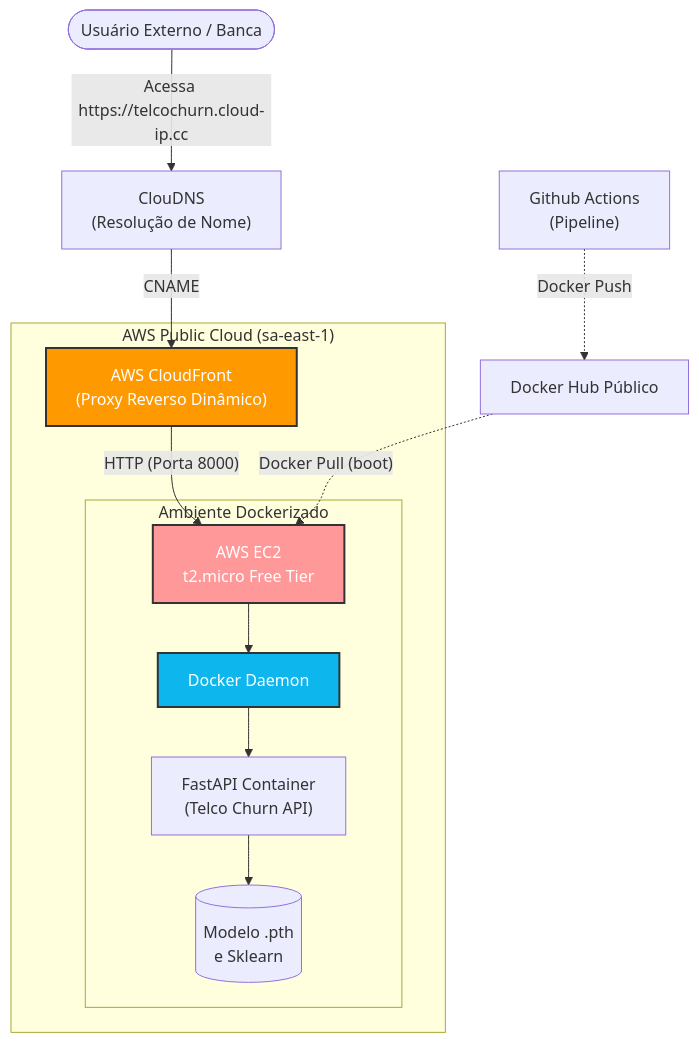
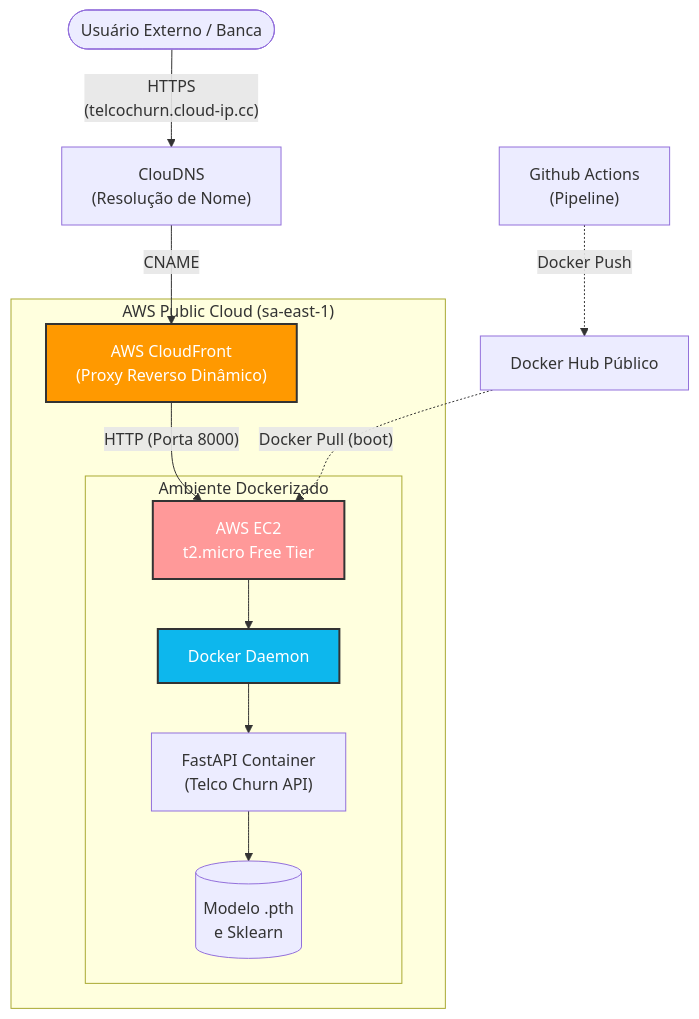
Before and after one commit to fiap-postech-9mlet-grupo85/tech-challenge-fase01: the diagram in docs/infrastructure.md, drawn with Mermaid.

Commit message:
docs: update cloudfront connection description in infrastructure diagram

````diff
--- a/docs/infrastructure.md
+++ b/docs/infrastructure.md
@@ -7,22 +7,22 @@
 ```mermaid
 flowchart TD
-    User(["Usuário Externo / Banca"]) -->|"Acessa https://telcochurn.cloud-ip.cc"| DNS["ClouDNS\n(Resolução de Nome)"]
+    User(["Usuário Externo / Banca"]) -->|"HTTPS\n(telcochurn.cloud-ip.cc)"| DNS["ClouDNS\n(Resolução de Nome)"]
     DNS -->|"CNAME"| CF["AWS CloudFront\n(Proxy Reverso Dinâmico)"]
     
     subgraph "AWS Public Cloud (sa-east-1)"
         CF -->|"HTTP (Porta 8000)"| EC2["AWS EC2\nt2.micro Free Tier"]
         
         subgraph "Ambiente Dockerizado"
             EC2 --> Docker["Docker Daemon"]
             Docker --> FastAPI["FastAPI Container\n(Telco Churn API)"]
             FastAPI --> Model[("Modelo .pth\ne Sklearn")]
         end
     end
     
     GH["Github Actions\n(Pipeline)"] -.->|"Docker Push"| DH["Docker Hub Público"]
     DH -.->|"Docker Pull (boot)"| EC2
     
     style CF fill:#f90,stroke:#333,stroke-width:2px,color:#fff
     style EC2 fill:#f99,stroke:#333,stroke-width:2px,color:#fff
     style Docker fill:#0db7ed,stroke:#333,stroke-width:2px,color:#fff
 ```
````
